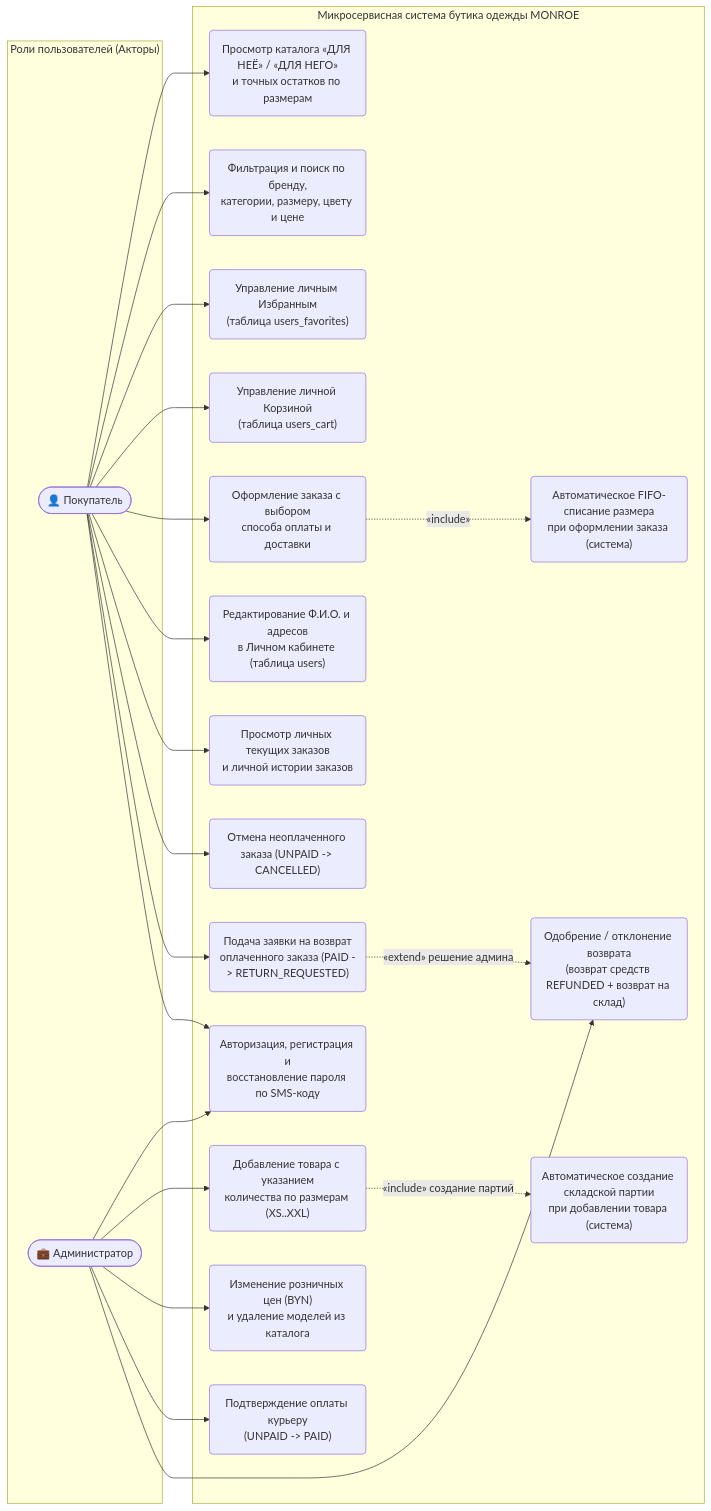
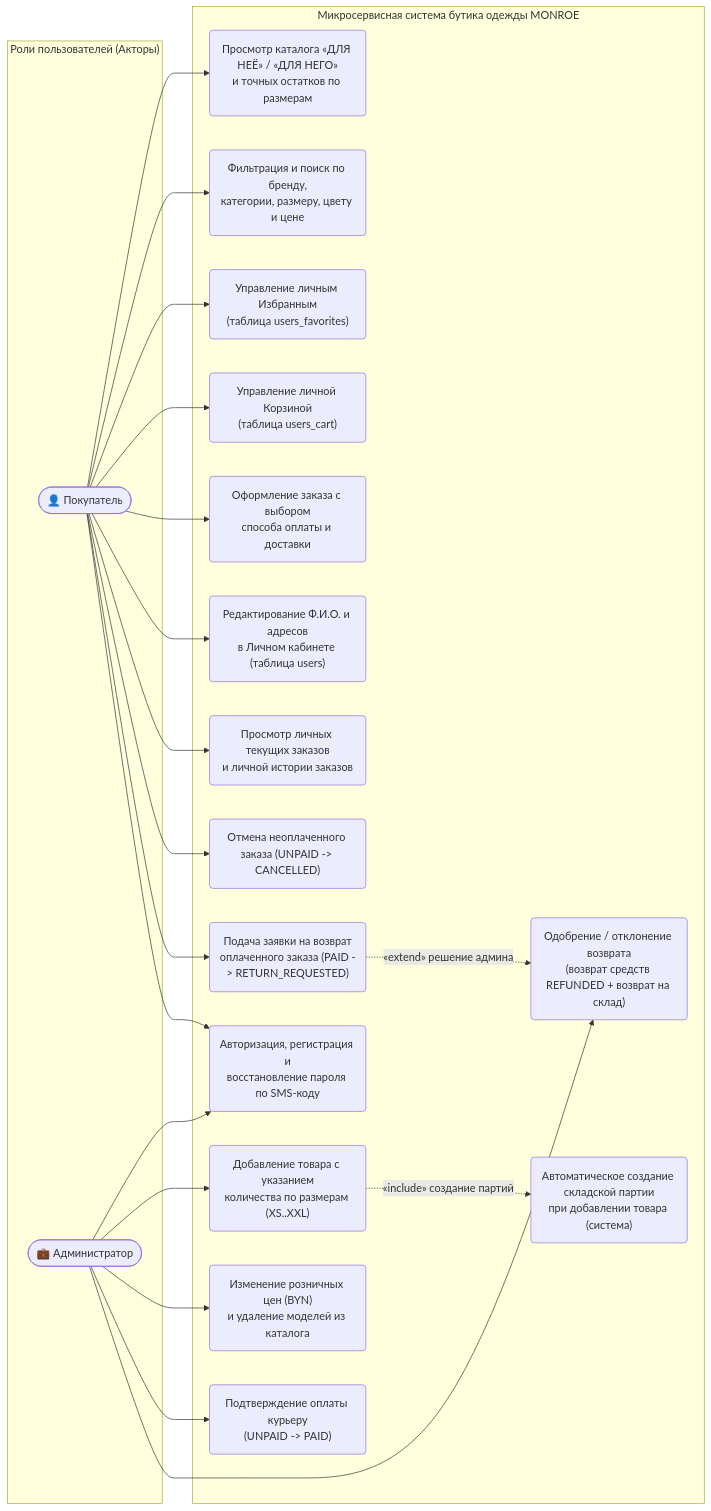
One commit to anya-gor/project2026 changed the first of 7 diagrams in README.md. Above: the diagram before and after it, drawn with Mermaid. The commit also changed other lines of this file and 1 other file, not shown here.

Commit message:
Docs: remove FIFO/season claims not visible in UI (problems, FR-02, risks R-01/R-02, UC16, diagram labels) from README and BUSINESS_REQUIREMENTS

````diff
--- a/README.md
+++ b/README.md
@@ -91,49 +86,47 @@
 ```mermaid
 ﻿flowchart LR
     subgraph Actors ["Роли пользователей (Акторы)"]
         Customer(["👤 Покупатель"])
         Admin(["💼 Администратор"])
     end
 
     subgraph MONROE_System ["Микросервисная система бутика одежды MONROE"]
         UC1("Просмотр каталога «ДЛЯ НЕЁ» / «ДЛЯ НЕГО»\nи точных остатков по размерам")
         UC2("Фильтрация и поиск по бренду,\nкатегории, размеру, цвету и цене")
         UC3("Управление личным Избранным\n(таблица users_favorites)")
         UC4("Управление личной Корзиной\n(таблица users_cart)")
         UC5("Оформление заказа с выбором\nспособа оплаты и доставки")
         UC6("Редактирование Ф.И.О. и адресов\nв Личном кабинете (таблица users)")
         UC7("Просмотр личных текущих заказов\nи личной истории заказов")
         UC8("Отмена неоплаченного заказа (UNPAID -> CANCELLED)")
         UC9("Подача заявки на возврат\nоплаченного заказа (PAID -> RETURN_REQUESTED)")
         UC10("Авторизация, регистрация и\nвосстановление пароля по SMS-коду")
 
         UC11("Добавление товара с указанием\nколичества по размерам (XS..XXL)")
         UC12("Изменение розничных цен (BYN)\nи удаление моделей из каталога")
         UC13("Подтверждение оплаты курьеру\n(UNPAID -> PAID)")
         UC14("Одобрение / отклонение возврата\n(возврат средств REFUNDED + возврат на склад)")
 
         UC15("Автоматическое создание складской партии\nпри добавлении товара (система)")
-        UC16("Автоматическое FIFO-списание размера\nпри оформлении заказа (система)")
     end
 
     Customer --> UC1
     Customer --> UC2
     Customer --> UC3
     Customer --> UC4
     Customer --> UC5
     Customer --> UC6
     Customer --> UC7
     Customer --> UC8
     Customer --> UC9
     Customer --> UC10
 
     Admin --> UC10
     Admin --> UC11
     Admin --> UC12
     Admin --> UC13
     Admin --> UC14
 
-    UC5 -.->|"«include»"| UC16
     UC11 -.->|"«include» создание партий"| UC15
     UC9 -.->|"«extend» решение админа"| UC14
 ```
````
